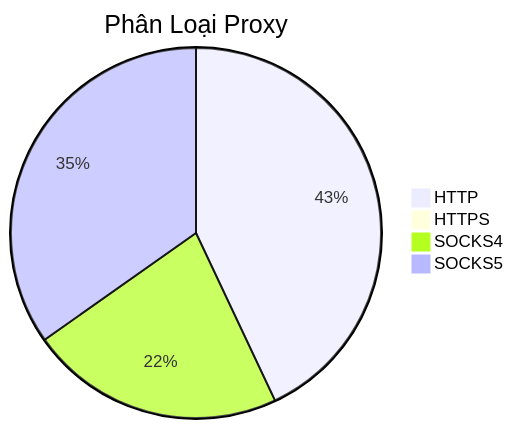
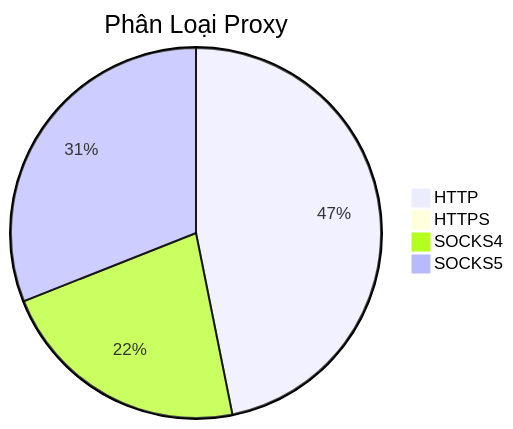
Before and after one commit to Ciara-12/PROXY-free: the diagram in README.md, drawn with Mermaid. The commit also changed other lines of this file and 4 other files, not shown here.

````diff
--- a/README.md
+++ b/README.md
@@ -26,7 +26,7 @@
 ```mermaid
 pie title Phân Loại Proxy
-    "HTTP" : 377
-    "HTTPS" : 0
-    "SOCKS4" : 195
-    "SOCKS5" : 305
+    "HTTP" : 535
+    "HTTPS" : 2
+    "SOCKS4" : 253
+    "SOCKS5" : 354
 ```
````
